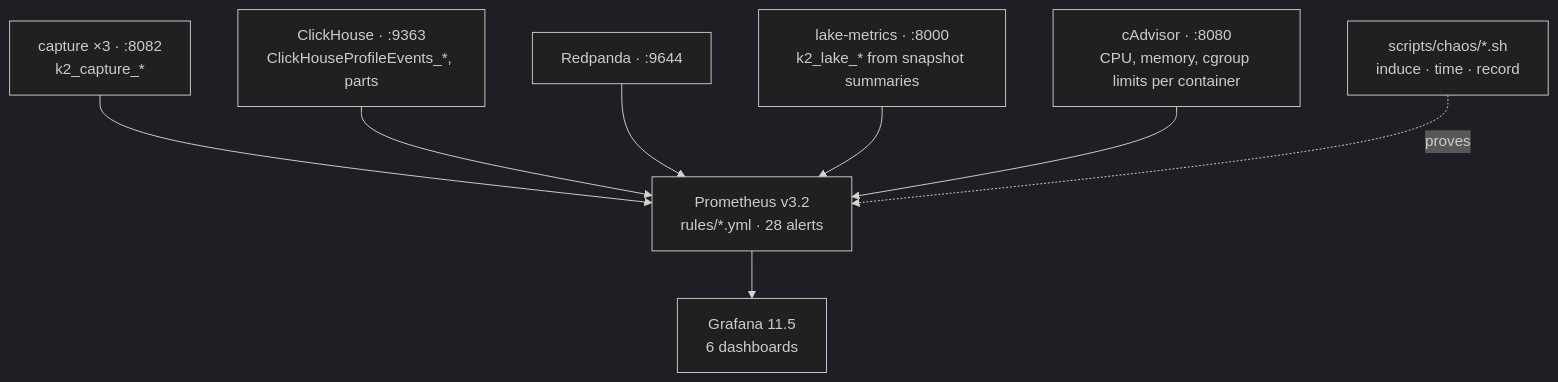
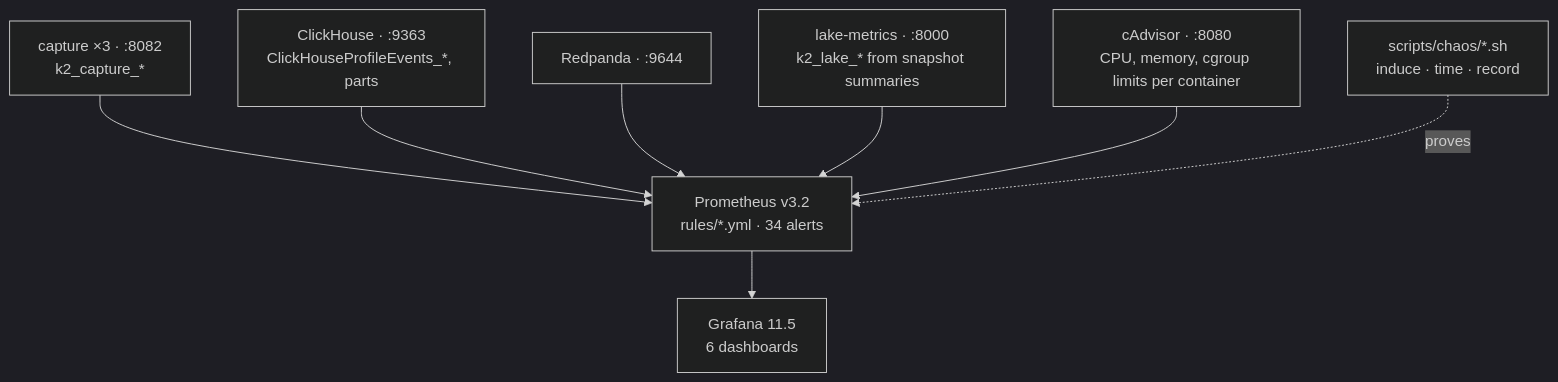
One commit to rjdscott/k2-market-data-platform changed the diagram in docs/architecture/11-observability.md. Above: the diagram before and after it, drawn with Mermaid (dark theme). The commit also changed other lines of this file and 64 other files, not shown here.

````diff
--- a/docs/architecture/11-observability.md
+++ b/docs/architecture/11-observability.md
@@ -54,13 +54,13 @@
 ```mermaid
 flowchart TB
   C["capture ×3 · :8082<br/>k2_capture_*"]
   H["ClickHouse · :9363<br/>ClickHouseProfileEvents_*, parts"]
   R["Redpanda · :9644"]
   L["lake-metrics · :8000<br/>k2_lake_* from snapshot summaries"]
   A["cAdvisor · :8080<br/>CPU, memory, cgroup limits per container"]
-  P["Prometheus v3.2<br/>rules/*.yml · 28 alerts"]
+  P["Prometheus v3.2<br/>rules/*.yml · 34 alerts"]
   G["Grafana 11.5<br/>6 dashboards"]
   X["scripts/chaos/*.sh<br/>induce · time · record"]
   C & H & R & L & A --> P --> G
   X -.->|"proves"| P
 ```
````
